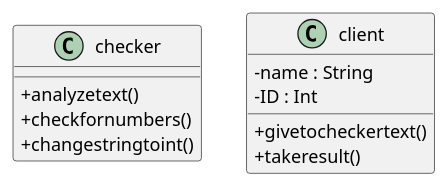
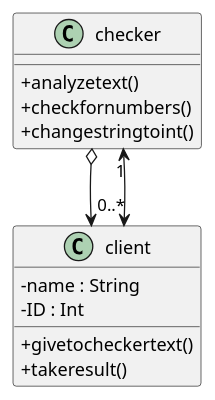
One commit to Zulinol/Lab3 changed the diagram in ChangeStringtoInt.puml. Above: the diagram before and after it, drawn with PlantUML.

Commit message:
Then, we create relations between classes.

```diff
--- a/ChangeStringtoInt.puml
+++ b/ChangeStringtoInt.puml
@@ -1,17 +1,17 @@
 @startuml
 skinparam classAttributeIconSize 0
 class checker {
 +analyzetext()
 +checkfornumbers()
 +changestringtoint()
 }
 class client{
 -name : String
 -ID : Int
 +givetocheckertext()
 +takeresult()
 }
-
-
+client "0..*" <--> "1"checker
+checker o--> client
 
 @enduml
```
